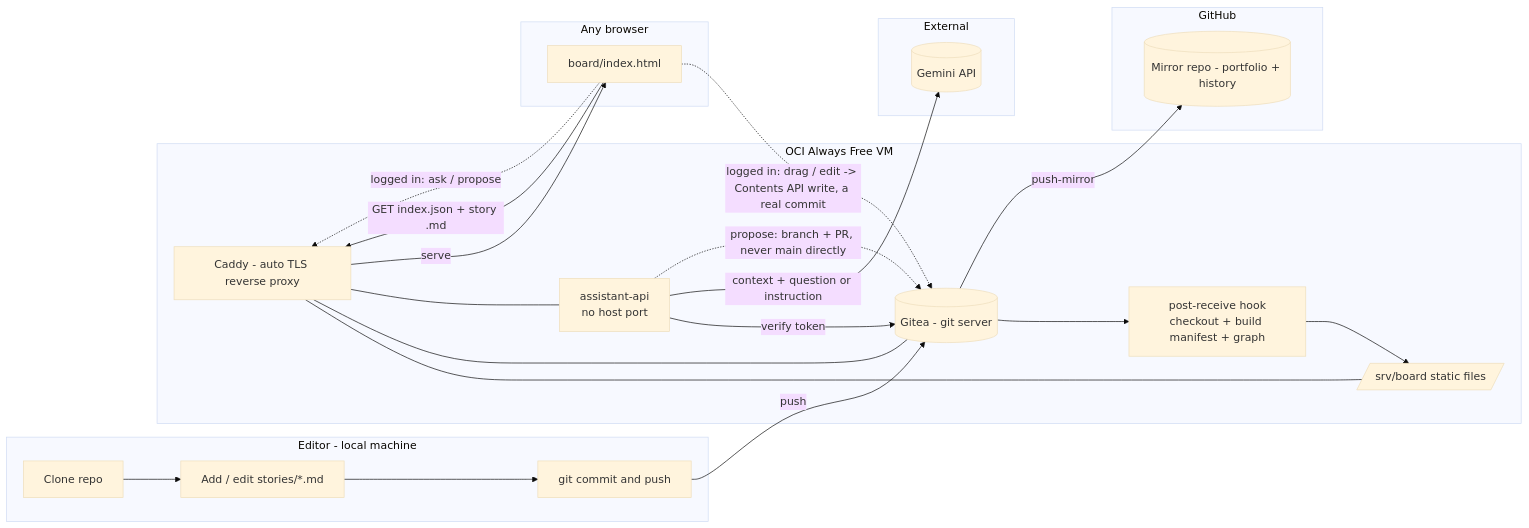
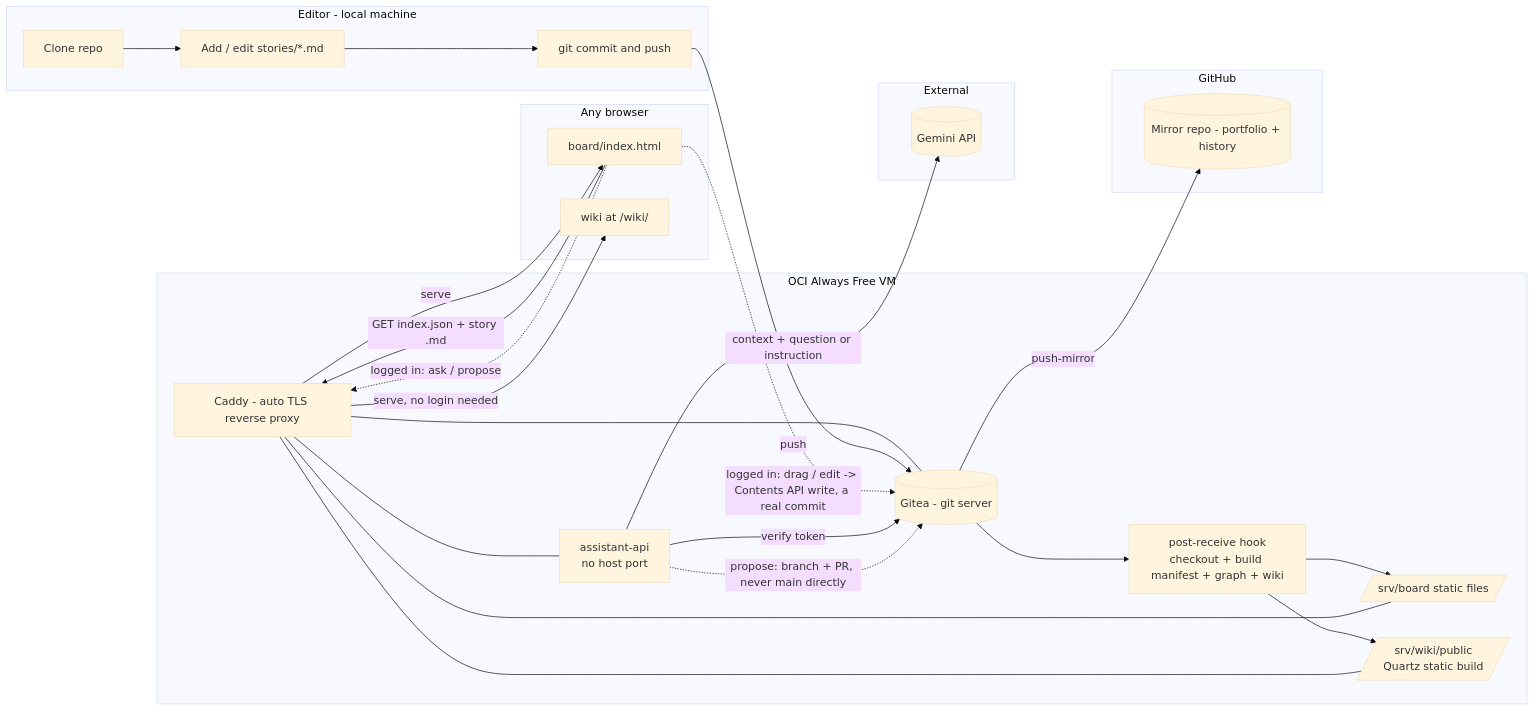
Before and after one commit to pmusachio/agile-board: the diagram in README.md, drawn with Mermaid (base theme). The commit also changed other lines of this file and 6 other files, not shown here.

````diff
--- a/README.md
+++ b/README.md
@@ -39,41 +44,46 @@
 ```mermaid
 flowchart LR
   subgraph editor[Editor - local machine]
     E1[Clone repo] --> E2[Add / edit stories/*.md]
     E2 --> E3[git commit and push]
   end
 
   subgraph oci[OCI Always Free VM]
     G[(Gitea - git server)]
-    H[post-receive hook<br/>checkout + build manifest + graph]
+    H[post-receive hook<br/>checkout + build manifest + graph + wiki]
     S[/srv/board static files/]
+    W[/srv/wiki/public<br/>Quartz static build/]
     C[Caddy - auto TLS reverse proxy]
     A[assistant-api<br/>no host port]
     G --> H --> S
+    H --> W
     C --- S
+    C --- W
     C --- G
     C --- A
   end
 
   subgraph gh[GitHub]
     M[(Mirror repo - portfolio + history)]
   end
 
   subgraph ext[External]
     Gem[(Gemini API)]
   end
 
   subgraph viewer[Any browser]
     V[board/index.html]
+    K[wiki at /wiki/]
   end
 
   E3 -->|push| G
   G -->|push-mirror| M
   V -->|GET index.json + story .md| C
   C -->|serve| V
+  C -->|serve, no login needed| K
   V -.->|logged in: drag / edit -> Contents API write, a real commit| G
   V -.->|logged in: ask / propose| C
   A -->|verify token| G
   A -->|context + question or instruction| Gem
   A -.->|propose: branch + PR, never main directly| G
 ```
````
